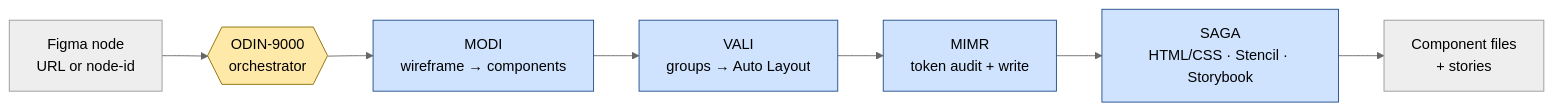
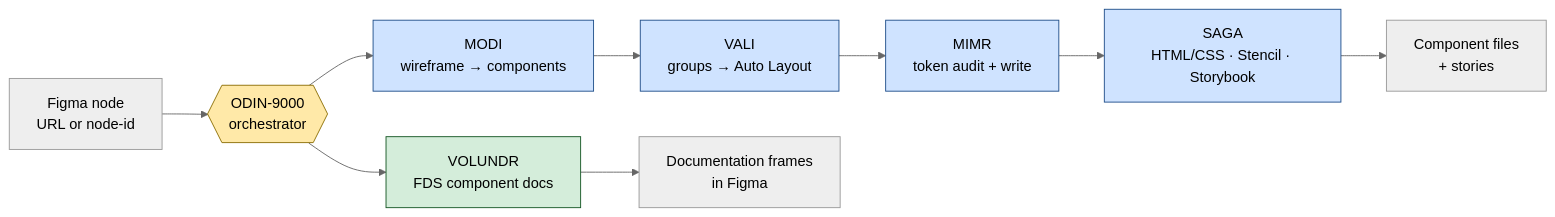
Before and after one commit to massimonastasi/odin-9000-flow: the first of 2 diagrams in docs/use/USAGE.md, drawn with Mermaid (neutral theme). The commit also changed other lines of this file and 13 other files, not shown here.

First line of the commit message:
Add Volundr Figma docs generation skill

````diff
--- a/docs/use/USAGE.md
+++ b/docs/use/USAGE.md
@@ -33,14 +33,18 @@
 ```mermaid
 flowchart LR
     Fig[Figma node<br/>URL or node-id] --> ODIN{{ODIN-9000<br/>orchestrator}}
     ODIN --> MODI[MODI<br/>wireframe → components]
     MODI --> VALI[VALI<br/>groups → Auto Layout]
     VALI --> MIMR[MIMR<br/>token audit + write]
     MIMR --> SAGA[SAGA<br/>HTML/CSS · Stencil · Storybook]
     SAGA --> Out[Component files<br/>+ stories]
+    ODIN --> VOLUNDR[VOLUNDR<br/>FDS component docs]
+    VOLUNDR --> DocOut[Documentation frames<br/>in Figma]
 
     classDef orch fill:#ffe9a8,stroke:#8a6d00,color:#000
     classDef work fill:#cfe3ff,stroke:#1f4e8a,color:#000
+    classDef doc fill:#d4edda,stroke:#155724,color:#000
     class ODIN orch
     class MODI,VALI,MIMR,SAGA work
+    class VOLUNDR doc
 ```
````
